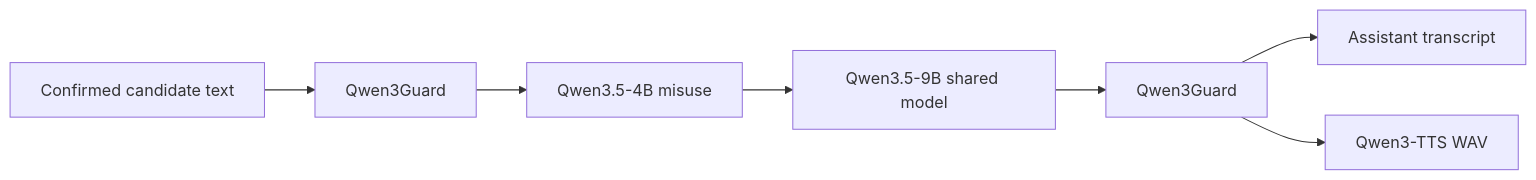
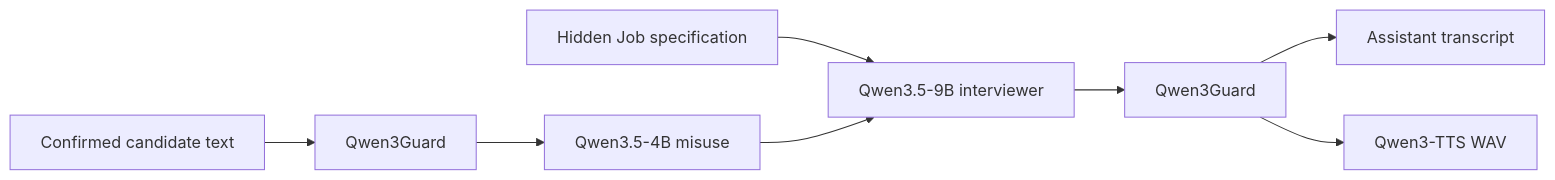
One commit to jaredturck/AI-interview changed the third of 5 diagrams in docs/ARCHITECTURE.md. Above: the diagram before and after it, drawn with Mermaid. The commit also changed other lines of this file and 31 other files, not shown here.

````diff
--- a/docs/ARCHITECTURE.md
+++ b/docs/ARCHITECTURE.md
@@ -44,9 +49,10 @@
 ```mermaid
 flowchart LR
+    Spec[Hidden Job specification] --> Interviewer[Qwen3.5-9B interviewer]
     Input[Confirmed candidate text] --> GuardIn[Qwen3Guard]
     GuardIn --> Misuse[Qwen3.5-4B misuse]
-    Misuse --> Interviewer[Qwen3.5-9B shared model]
+    Misuse --> Interviewer
     Interviewer --> GuardOut[Qwen3Guard]
     GuardOut --> Text[Assistant transcript]
     GuardOut --> TTS[Qwen3-TTS WAV]
 ```
````
